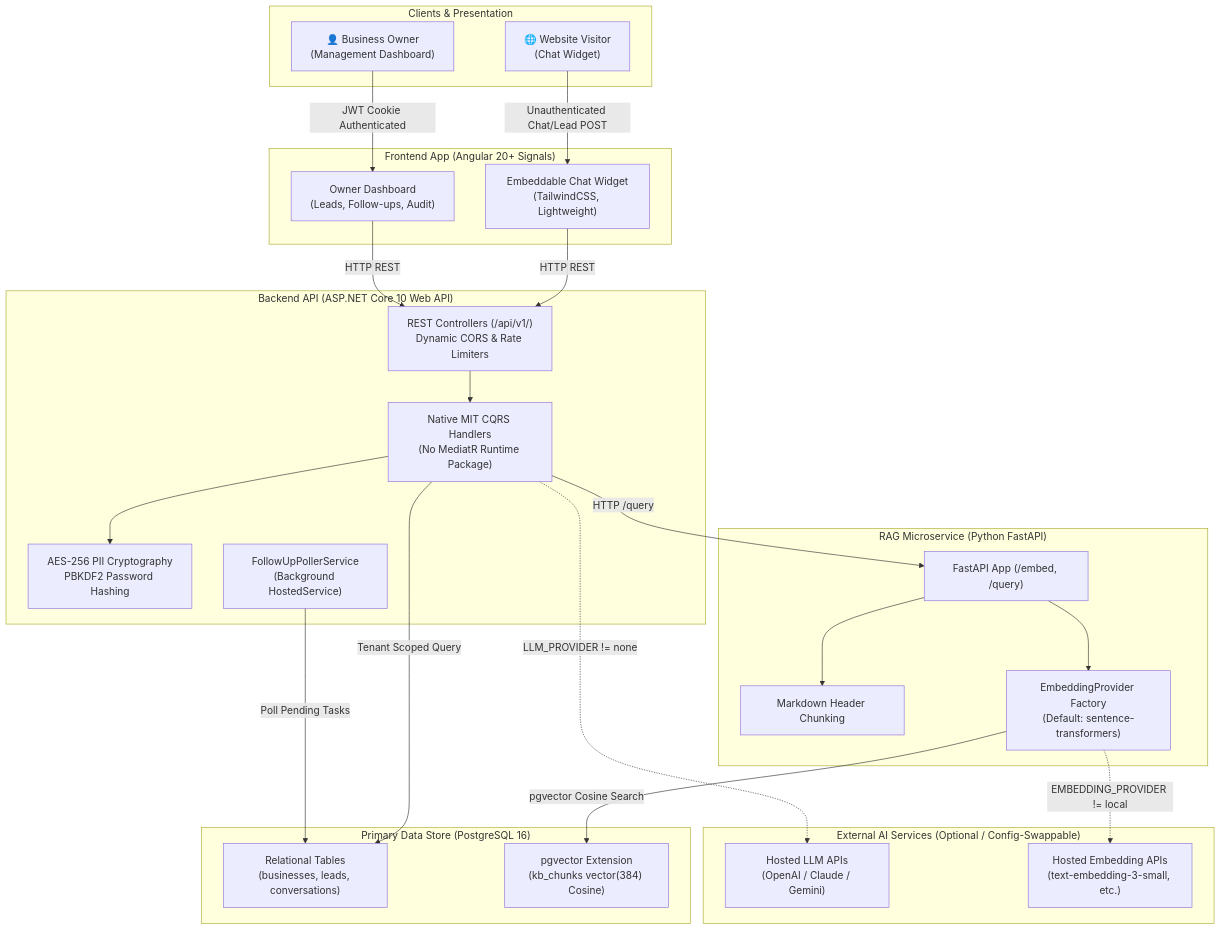
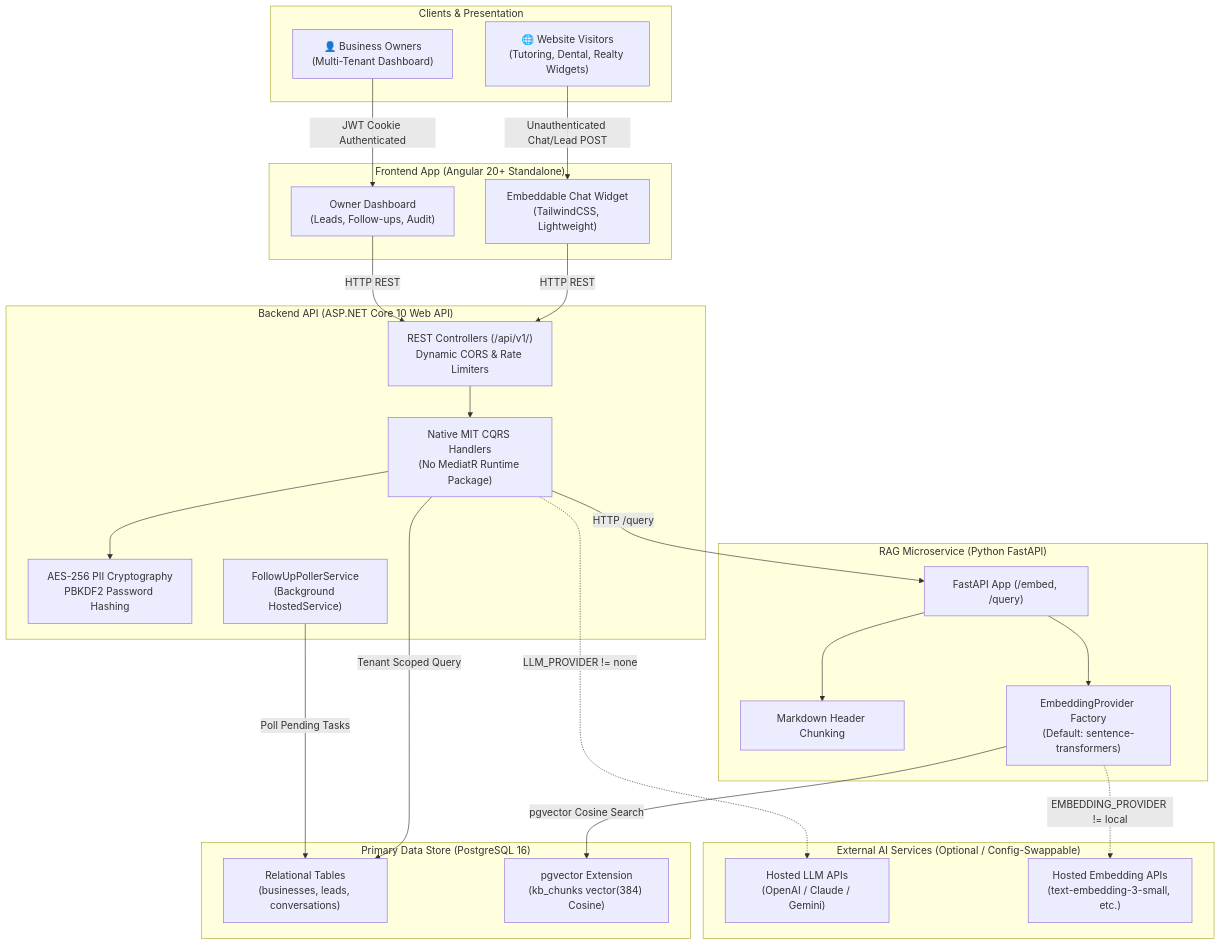
Before and after one commit to nparvezten/NeverMissLead: the diagram in README.md, drawn with Mermaid. The commit also changed other lines of this file and 14 other files, not shown here.

Commit message:
feat: expand multi-tenancy to 3 verticals (tutoring, dental, realty) with unified eval benchmark

````diff
--- a/README.md
+++ b/README.md
@@ -46,54 +67,54 @@
 ```mermaid
 flowchart TB
     subgraph Clients["Clients & Presentation"]
-        Visitor["🌐 Website Visitor<br/>(Chat Widget)"]
-        Owner["👤 Business Owner<br/>(Management Dashboard)"]
+        Visitor["🌐 Website Visitors<br/>(Tutoring, Dental, Realty Widgets)"]
+        Owner["👤 Business Owners<br/>(Multi-Tenant Dashboard)"]
     end
 
-    subgraph Frontend["Frontend App (Angular 20+ Signals)"]
+    subgraph Frontend["Frontend App (Angular 20+ Standalone)"]
         WidgetApp["Embeddable Chat Widget<br/>(TailwindCSS, Lightweight)"]
         DashboardApp["Owner Dashboard<br/>(Leads, Follow-ups, Audit)"]
     end
 
     subgraph Backend["Backend API (ASP.NET Core 10 Web API)"]
         API["REST Controllers (/api/v1/)<br/>Dynamic CORS & Rate Limiters"]
         CQRS["Native MIT CQRS Handlers<br/>(No MediatR Runtime Package)"]
         Crypto["AES-256 PII Cryptography<br/>PBKDF2 Password Hashing"]
         Poller["FollowUpPollerService<br/>(Background HostedService)"]
     end
 
     subgraph RAG["RAG Microservice (Python FastAPI)"]
         FastAPI["FastAPI App (/embed, /query)"]
         Chunker["Markdown Header Chunking"]
         Embedder["EmbeddingProvider Factory<br/>(Default: sentence-transformers)"]
     end
 
     subgraph Database["Primary Data Store (PostgreSQL 16)"]
         Relational["Relational Tables<br/>(businesses, leads, conversations)"]
         VectorStore["pgvector Extension<br/>(kb_chunks vector(384) Cosine)"]
     end
 
     subgraph ExternalAI["External AI Services (Optional / Config-Swappable)"]
         HostedLLM["Hosted LLM APIs<br/>(OpenAI / Claude / Gemini)"]
         HostedEmb["Hosted Embedding APIs<br/>(text-embedding-3-small, etc.)"]
     end
 
     Visitor -->|Unauthenticated Chat/Lead POST| WidgetApp
     Owner -->|JWT Cookie Authenticated| DashboardApp
 
     WidgetApp -->|HTTP REST| API
     DashboardApp -->|HTTP REST| API
 
     API --> CQRS
     CQRS --> Crypto
     CQRS -->|Tenant Scoped Query| Relational
     CQRS -->|HTTP /query| FastAPI
     Poller -->|Poll Pending Tasks| Relational
 
     FastAPI --> Chunker
     FastAPI --> Embedder
     Embedder -->|pgvector Cosine Search| VectorStore
 
     CQRS -.->|LLM_PROVIDER != none| HostedLLM
     Embedder -.->|EMBEDDING_PROVIDER != local| HostedEmb
 ```
````
